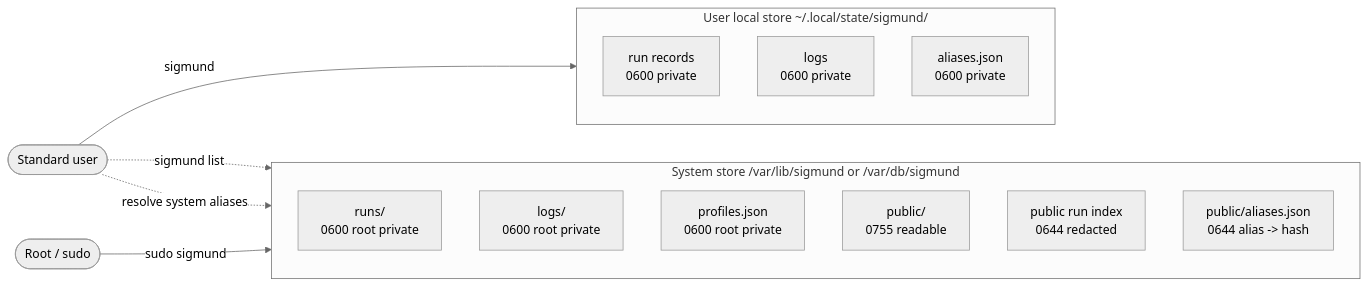
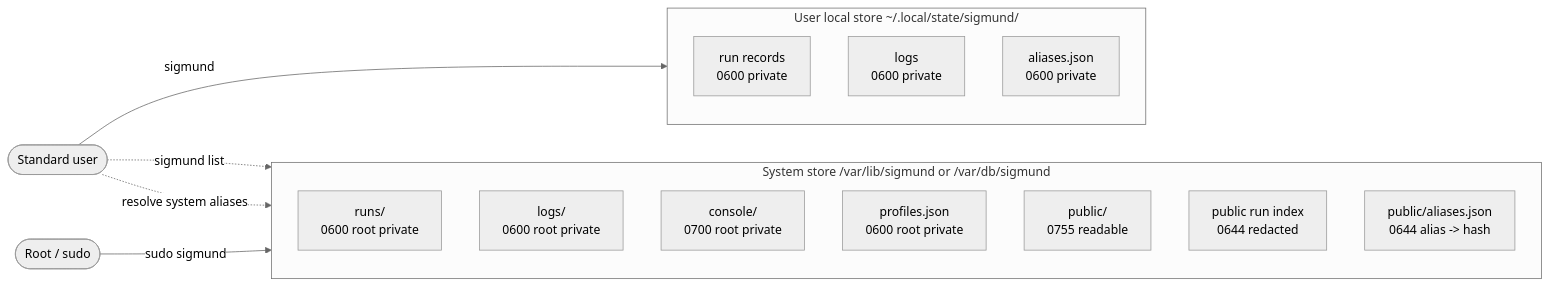
The second of 4 diagrams in README.md (RchGrav/onhold), drawn with Mermaid (neutral theme) before and after one commit. The commit also changed other lines of this file and 6 other files, not shown here.

````diff
--- a/README.md
+++ b/README.md
@@ -209,27 +212,28 @@
 ```mermaid
 flowchart LR
     User(["Standard user"])
     Admin(["Root / sudo"])
 
     subgraph UserStore["User local store   ~/.local/state/sigmund/"]
         direction TB
         UR["run records<br/>0600 private"]
         UL["logs<br/>0600 private"]
         UA["aliases.json<br/>0600 private"]
     end
 
     subgraph SystemStore["System store   /var/lib/sigmund or /var/db/sigmund"]
         direction TB
         SR["runs/<br/>0600 root private"]
         SL["logs/<br/>0600 root private"]
+        SC["console/<br/>0700 root private"]
         SP["profiles.json<br/>0600 root private"]
         Public["public/<br/>0755 readable"]
         SI["public run index<br/>0644 redacted"]
         SA["public/aliases.json<br/>0644 alias -> hash"]
     end
 
     User -->|"sigmund <cmd>"| UserStore
     Admin -->|"sudo sigmund <cmd>"| SystemStore
     User -.->|"sigmund list"| SI
     User -.->|"resolve system aliases"| SA
 ```
````
